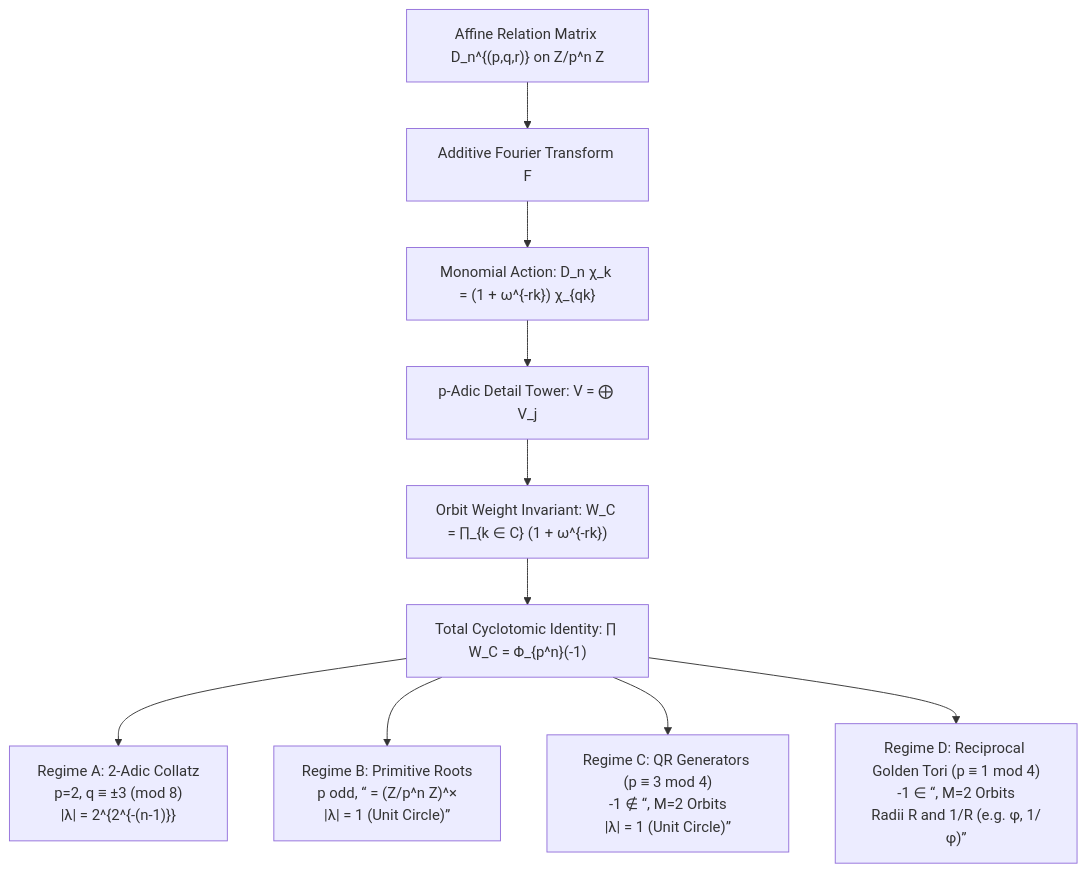
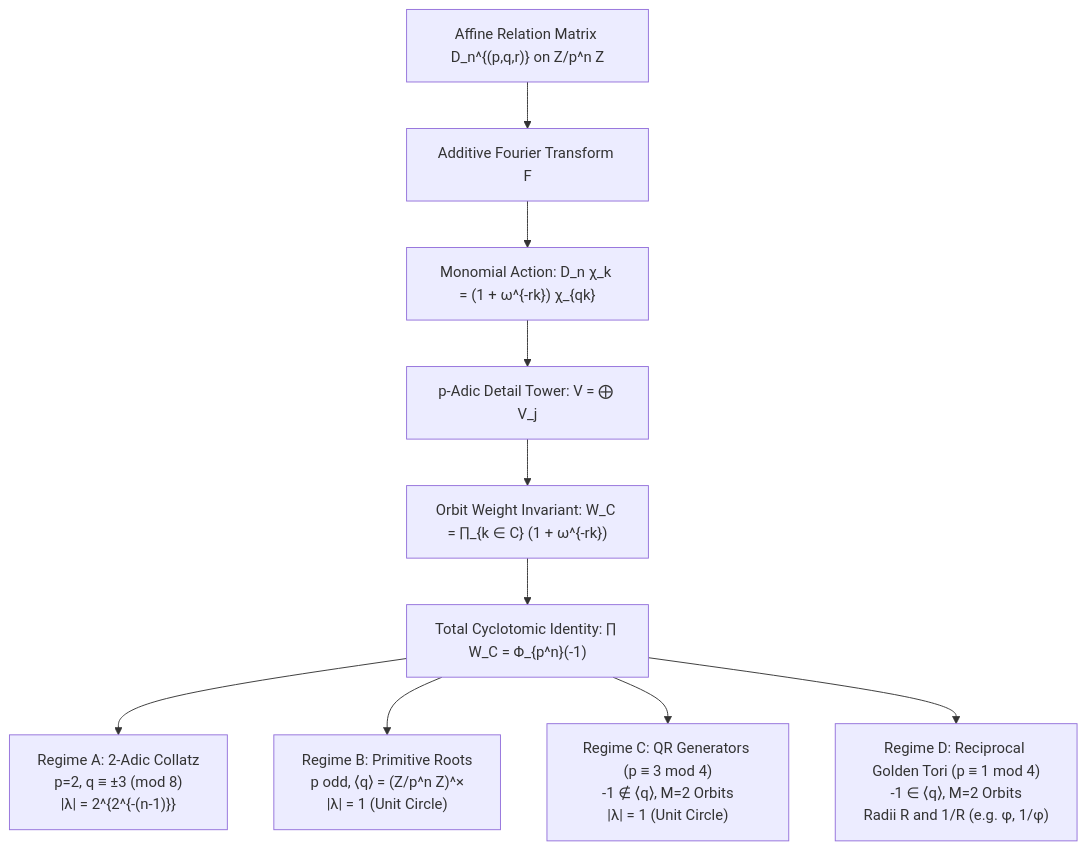
One commit to sneed-and-feed/adelic-spectral-zeta changed the first of 3 diagrams in docs/generalized_affine_cyclotomic_circles.md. Above: the diagram before and after it, drawn with Mermaid. The commit also changed other lines of this file and 46 other files, not shown here.

Commit message:
fix(docs): resolve GFM math rendering errors, KaTeX operatorname macros, and mermaid diagram syntax

````diff
--- a/docs/generalized_affine_cyclotomic_circles.md
+++ b/docs/generalized_affine_cyclotomic_circles.md
@@ -16,16 +17,16 @@
 ```mermaid
 graph TD
     Op["Affine Relation Matrix D_n^{(p,q,r)} on Z/p^n Z"]
     Op --> DFT["Additive Fourier Transform F"]
     DFT --> Mon["Monomial Action: D_n χ_k = (1 + ω^{-rk}) χ_{qk}"]
     
     Mon --> Strat["p-Adic Detail Tower: V = ⨁ V_j"]
     Strat --> Gal["Orbit Weight Invariant: W_C = ∏_{k ∈ C} (1 + ω^{-rk})"]
     
     Gal --> Id["Total Cyclotomic Identity: ∏ W_C = Φ_{p^n}(-1)"]
     
     Id --> RegA["Regime A: 2-Adic Collatz<br/>p=2, q ≡ ±3 (mod 8)<br/>|λ| = 2^{2^{-(n-1)}}"]
-    Id --> RegB["Regime B: Primitive Roots<br/>p odd, <q> = (Z/p^n Z)^×<br/>|λ| = 1 (Unit Circle)"]
-    Id --> RegC["Regime C: QR Generators (p ≡ 3 mod 4)<br/>-1 ∉ <q>, M=2 Orbits<br/>|λ| = 1 (Unit Circle)"]
-    Id --> RegD["Regime D: Reciprocal Golden Tori (p ≡ 1 mod 4)<br/>-1 ∈ <q>, M=2 Orbits<br/>Radii R and 1/R (e.g. φ, 1/φ)"]
+    Id --> RegB["Regime B: Primitive Roots<br/>p odd, ⟨q⟩ = (Z/p^n Z)^×<br/>|λ| = 1 (Unit Circle)"]
+    Id --> RegC["Regime C: QR Generators (p ≡ 3 mod 4)<br/>-1 ∉ ⟨q⟩, M=2 Orbits<br/>|λ| = 1 (Unit Circle)"]
+    Id --> RegD["Regime D: Reciprocal Golden Tori (p ≡ 1 mod 4)<br/>-1 ∈ ⟨q⟩, M=2 Orbits<br/>Radii R and 1/R (e.g. φ, 1/φ)"]
 ```
````
